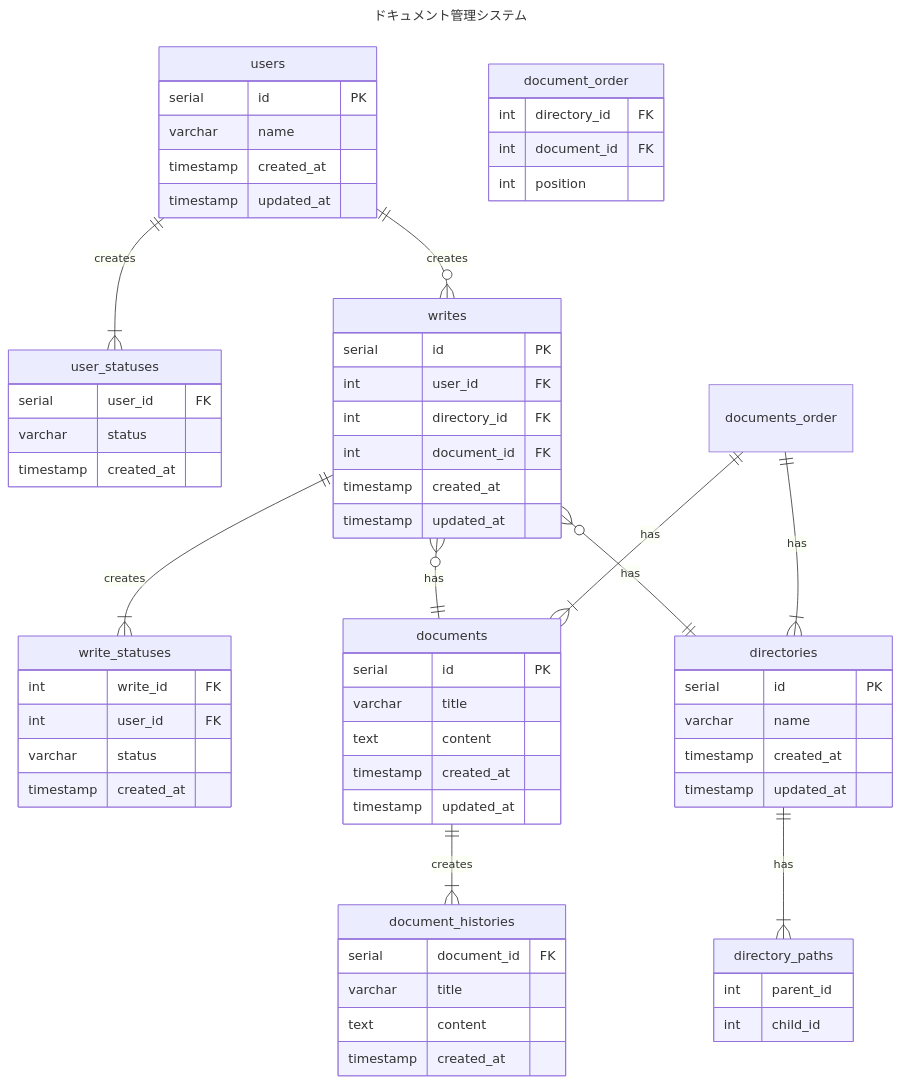
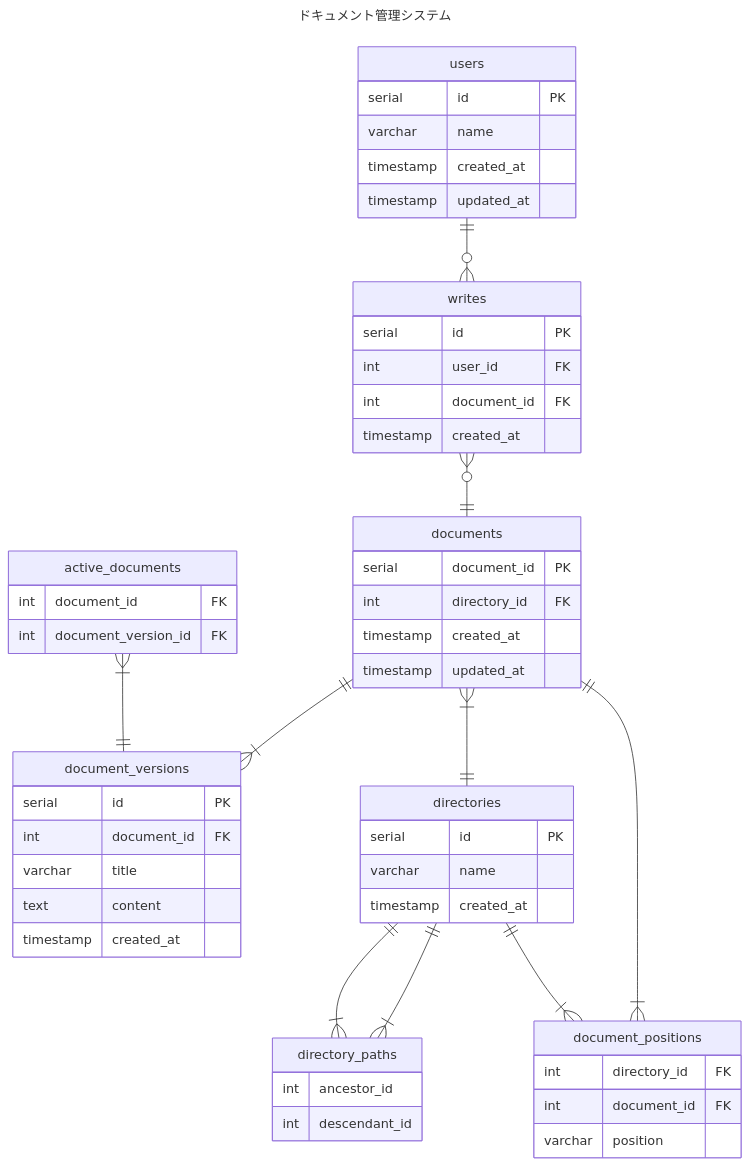
The diagram in db/modeling/3-latest/er.md (ttakuma17/til), drawn with Mermaid before and after one commit. The commit also changed other lines of this file and 1 other file, not shown here.

Commit message:
DBモデリング3の見直し

````diff
--- a/db/modeling/3-latest/er.md
+++ b/db/modeling/3-latest/er.md
@@ -6,69 +12,61 @@
 ```mermaid
 ---
 title: ドキュメント管理システム
 ---
 erDiagram
-    user_statuses {
-        serial user_id FK
-        varchar status
-        timestamp created_at
-    }
     users {
         serial id PK
         varchar name
         timestamp created_at
         timestamp updated_at
     }
     writes {
         serial id PK
         int user_id FK
-        int directory_id FK 
         int document_id FK
+        timestamp created_at
+    }
+    
+    documents {
+        serial document_id PK
+        int directory_id FK
         timestamp created_at
         timestamp updated_at
     }
-    write_statuses {
-        int write_id FK
-        int user_id FK
-        varchar status
-        timestamp created_at
-    }
-    documents {
+    document_versions {
         serial id PK
-        varchar title
-        text content
-        timestamp created_at
-        timestamp updated_at
-    }
-    document_histories {
-        serial document_id FK
+        int document_id FK
         varchar title
         text content
         timestamp created_at
     }
-    document_order {
+    active_documents {
+        int document_id FK
+        int document_version_id FK
+    }
+    document_positions {
         int directory_id FK
         int document_id FK
-        int position
+        varchar position
     }
     directories {
         serial id PK
         varchar name
         timestamp created_at
-        timestamp updated_at
     }
     directory_paths {
-        int parent_id
-        int child_id
+        int ancestor_id
+        int descendant_id
     }
     
-    users ||--o{ writes: "creates"
-    users ||--|{ user_statuses: "creates"
-    writes }o--|| documents: "has"
-    writes }o--|| directories: "has"
-    writes ||--|{ write_statuses: "creates"
-    directories ||--|{ directory_paths: "has"
-    documents ||--|{ document_histories: "creates"
-    documents_order ||--|{ documents: "has"
-    documents_order ||--|{ directories: "has"
+    users ||--o{ writes: ""
+    writes }o--|| documents: ""
+    documents ||--|{ document_versions: ""
+    active_documents }|--|| document_versions: ""
+    documents }|--|| directories: ""
+    directories ||--|{ directory_paths: ""
+    directory_paths }|--|| directories: ""
+    documents ||--|{ document_positions: ""
+    directories ||--|{ document_positions: ""
+
 ```
````
